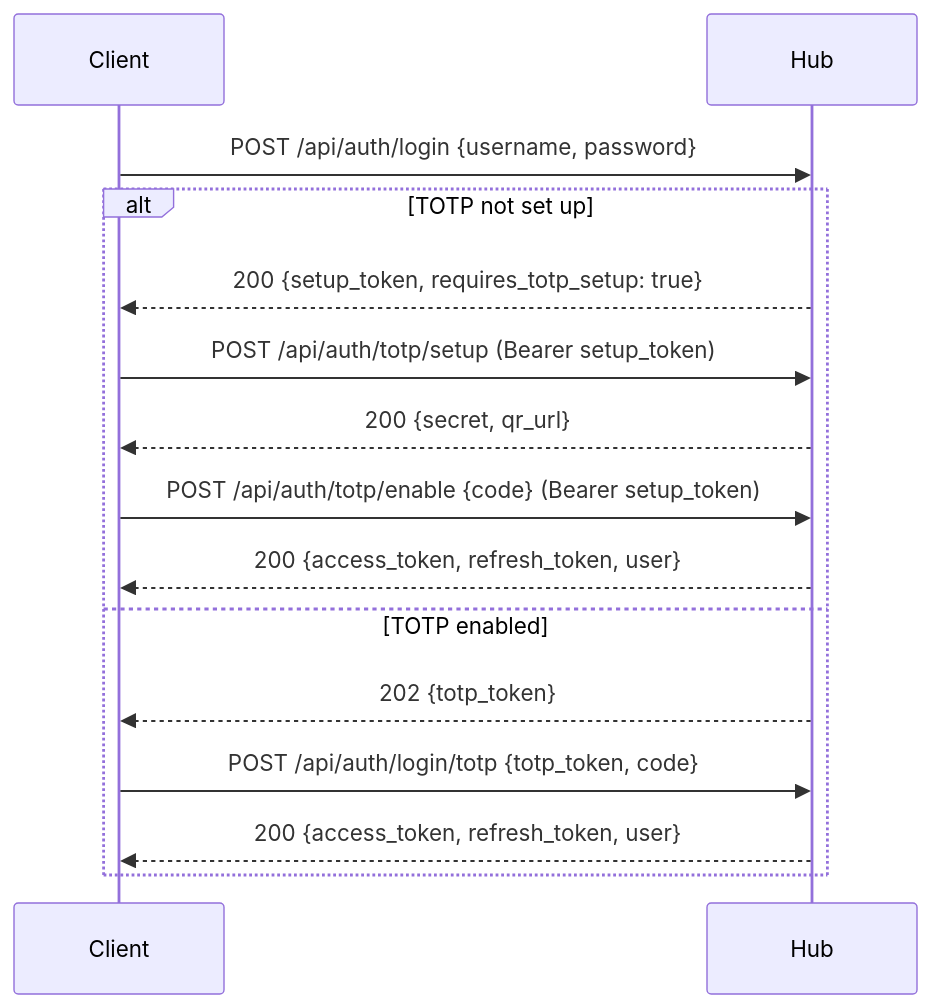
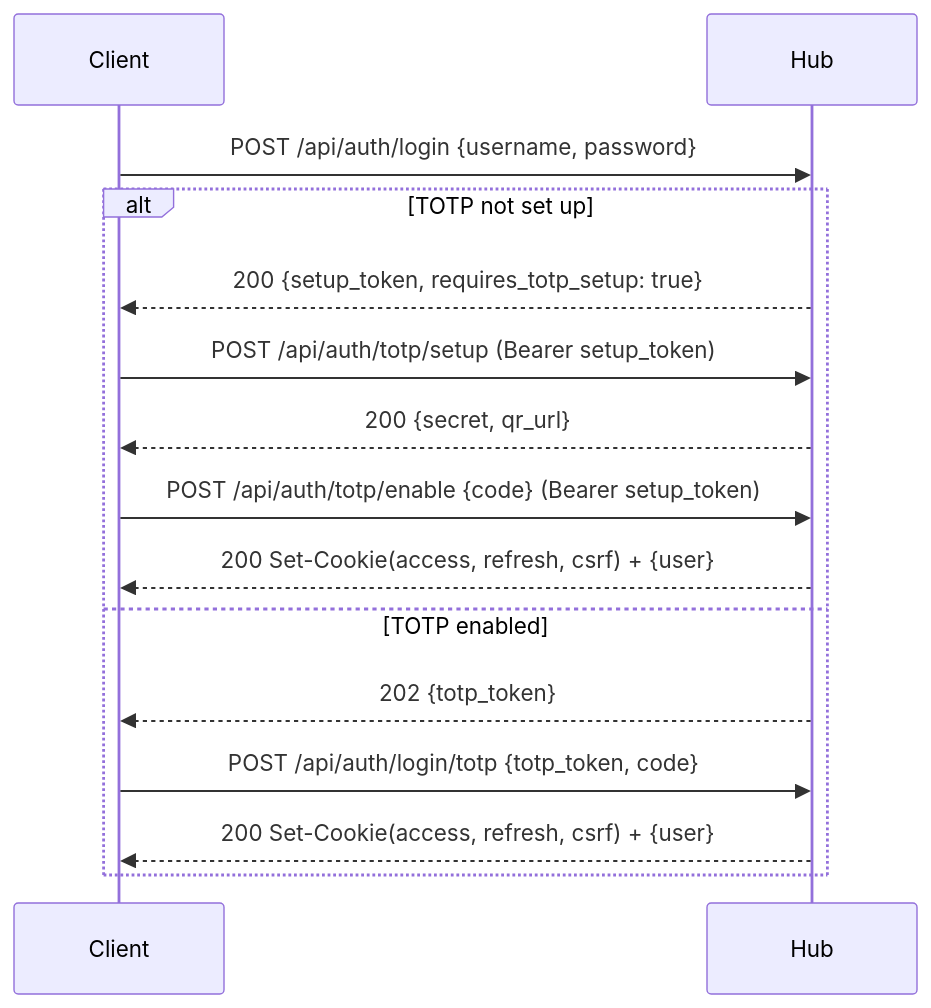
One commit to lorconksu/aerodocs changed the diagram in docs/wiki/API-Reference.md. Above: the diagram before and after it, drawn with Mermaid. The commit also changed other lines of this file and 9 other files, not shown here.

````diff
--- a/docs/wiki/API-Reference.md
+++ b/docs/wiki/API-Reference.md
@@ -59,18 +62,18 @@
 ```mermaid
 sequenceDiagram
     participant Client
     participant Hub
 
     Client->>Hub: POST /api/auth/login {username, password}
     alt TOTP not set up
         Hub-->>Client: 200 {setup_token, requires_totp_setup: true}
         Client->>Hub: POST /api/auth/totp/setup (Bearer setup_token)
         Hub-->>Client: 200 {secret, qr_url}
         Client->>Hub: POST /api/auth/totp/enable {code} (Bearer setup_token)
-        Hub-->>Client: 200 {access_token, refresh_token, user}
+        Hub-->>Client: 200 Set-Cookie(access, refresh, csrf) + {user}
     else TOTP enabled
         Hub-->>Client: 202 {totp_token}
         Client->>Hub: POST /api/auth/login/totp {totp_token, code}
-        Hub-->>Client: 200 {access_token, refresh_token, user}
+        Hub-->>Client: 200 Set-Cookie(access, refresh, csrf) + {user}
     end
 ```
````
